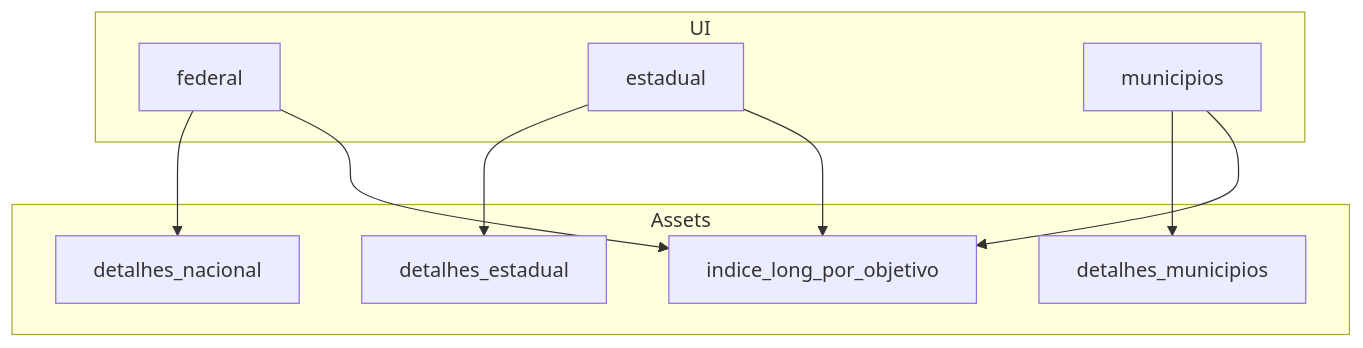
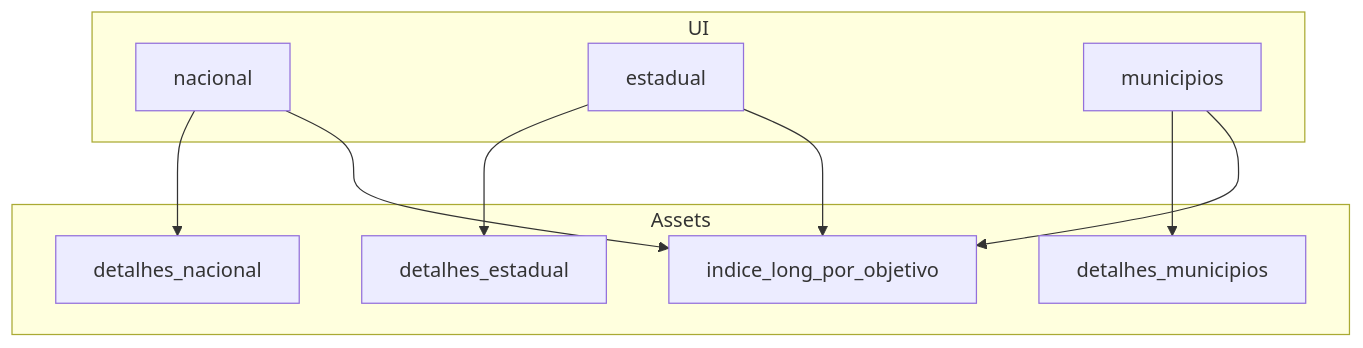
The first of 2 diagrams in docs/03-dados/escopos-e-schema.md (obsgovdigital/observatorio-gov-digital), drawn with Mermaid before and after one commit. The commit also changed other lines of this file and 23 other files, not shown here.

First line of the commit message:
refactor: standardize terminology and update redirects from 'federal' to 'nacional'

````diff
--- a/docs/03-dados/escopos-e-schema.md
+++ b/docs/03-dados/escopos-e-schema.md
@@ -22,20 +22,20 @@
 ```mermaid
 flowchart TB
   subgraph ui [UI]
-    F[federal]
+    F[nacional]
     E[estadual]
     M[municipios]
   end
   subgraph assets [Assets]
     DN[detalhes_nacional]
     DE[detalhes_estadual]
     DM[detalhes_municipios]
     Long[indice_long_por_objetivo]
   end
   F --> DN
   E --> DE
   M --> DM
   F --> Long
   E --> Long
   M --> Long
 ```
````
